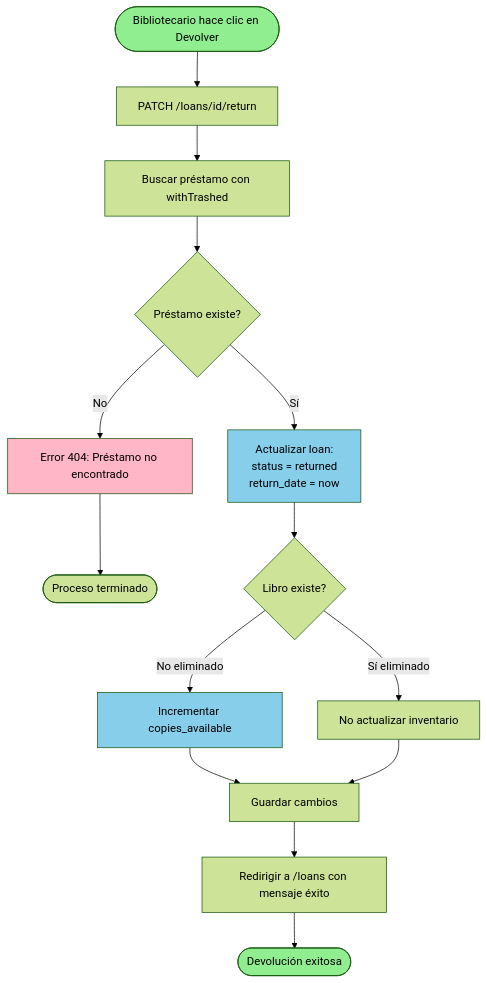
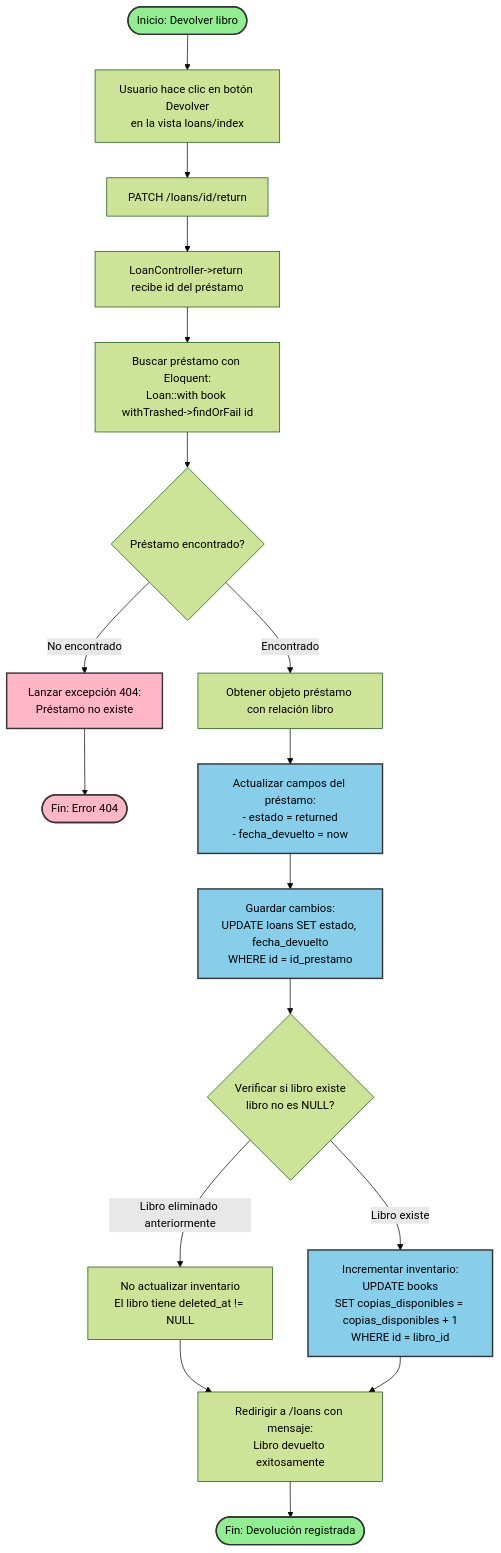
One commit to CristoferGuillen/BiblioTech changed the fourth of 15 diagrams in DIAGRAMAS.md. Above: the diagram before and after it, drawn with Mermaid (forest theme). The commit also changed other lines of this file, not shown here.

Commit message:
fix: corrige diagramas con información real y todo en español

````diff
--- a/DIAGRAMAS.md
+++ b/DIAGRAMAS.md
@@ -203,26 +227,34 @@
 ```mermaid
 flowchart TD
-    Start([Bibliotecario hace clic en Devolver]) --> GetLoan[PATCH /loans/id/return]
-    GetLoan --> FindLoan[Buscar préstamo con withTrashed]
+    A([Inicio: Devolver libro]) --> B[Usuario hace clic en botón Devolver<br/>en la vista loans/index]
+    B --> C[PATCH /loans/id/return]
+    C --> D[LoanController->return recibe id del préstamo]
     
-    FindLoan --> LoanExists{Préstamo existe?}
-    LoanExists -->|No| Error404[Error 404: Préstamo no encontrado]
-    Error404 --> End([Proceso terminado])
+    D --> E[Buscar préstamo con Eloquent:<br/>Loan::with book withTrashed->findOrFail id]
+    E --> F{Préstamo encontrado?}
     
-    LoanExists -->|Sí| UpdateStatus[Actualizar loan:<br/>status = returned<br/>return_date = now]
-    UpdateStatus --> BookExists{Libro existe?}
+    F -->|No encontrado| G[Lanzar excepción 404:<br/>Préstamo no existe]
+    G --> H([Fin: Error 404])
     
-    BookExists -->|No eliminado| IncrementCopies[Incrementar copies_available]
-    BookExists -->|Sí eliminado| SkipIncrement[No actualizar inventario]
+    F -->|Encontrado| I[Obtener objeto préstamo con relación libro]
+    I --> J[Actualizar campos del préstamo:<br/>- estado = returned<br/>- fecha_devuelto = now]
+    J --> K[Guardar cambios:<br/>UPDATE loans SET estado, fecha_devuelto<br/>WHERE id = id_prestamo]
     
-    IncrementCopies --> SaveChanges[Guardar cambios]
-    SkipIncrement --> SaveChanges
-    SaveChanges --> Success[Redirigir a /loans con mensaje éxito]
-    Success --> EndSuccess([Devolución exitosa])
+    K --> L{Verificar si libro existe<br/>libro no es NULL?}
+    
+    L -->|Libro eliminado anteriormente| M[No actualizar inventario<br/>El libro tiene deleted_at != NULL]
+    M --> N[Redirigir a /loans con mensaje:<br/>Libro devuelto exitosamente]
+    
+    L -->|Libro existe| O[Incrementar inventario:<br/>UPDATE books<br/>SET copias_disponibles = copias_disponibles + 1<br/>WHERE id = libro_id]
+    O --> N
+    
+    N --> P([Fin: Devolución registrada])
 
-    style Start fill:#90EE90
-    style EndSuccess fill:#90EE90
-    style Error404 fill:#FFB6C6
-    style UpdateStatus fill:#87CEEB
-    style IncrementCopies fill:#87CEEB
+    style A fill:#90EE90,stroke:#333,stroke-width:2px
+    style P fill:#90EE90,stroke:#333,stroke-width:2px
+    style H fill:#FFB6C6,stroke:#333,stroke-width:2px
+    style G fill:#FFB6C6,stroke:#333,stroke-width:2px
+    style J fill:#87CEEB,stroke:#333,stroke-width:2px
+    style K fill:#87CEEB,stroke:#333,stroke-width:2px
+    style O fill:#87CEEB,stroke:#333,stroke-width:2px
 ```
````
